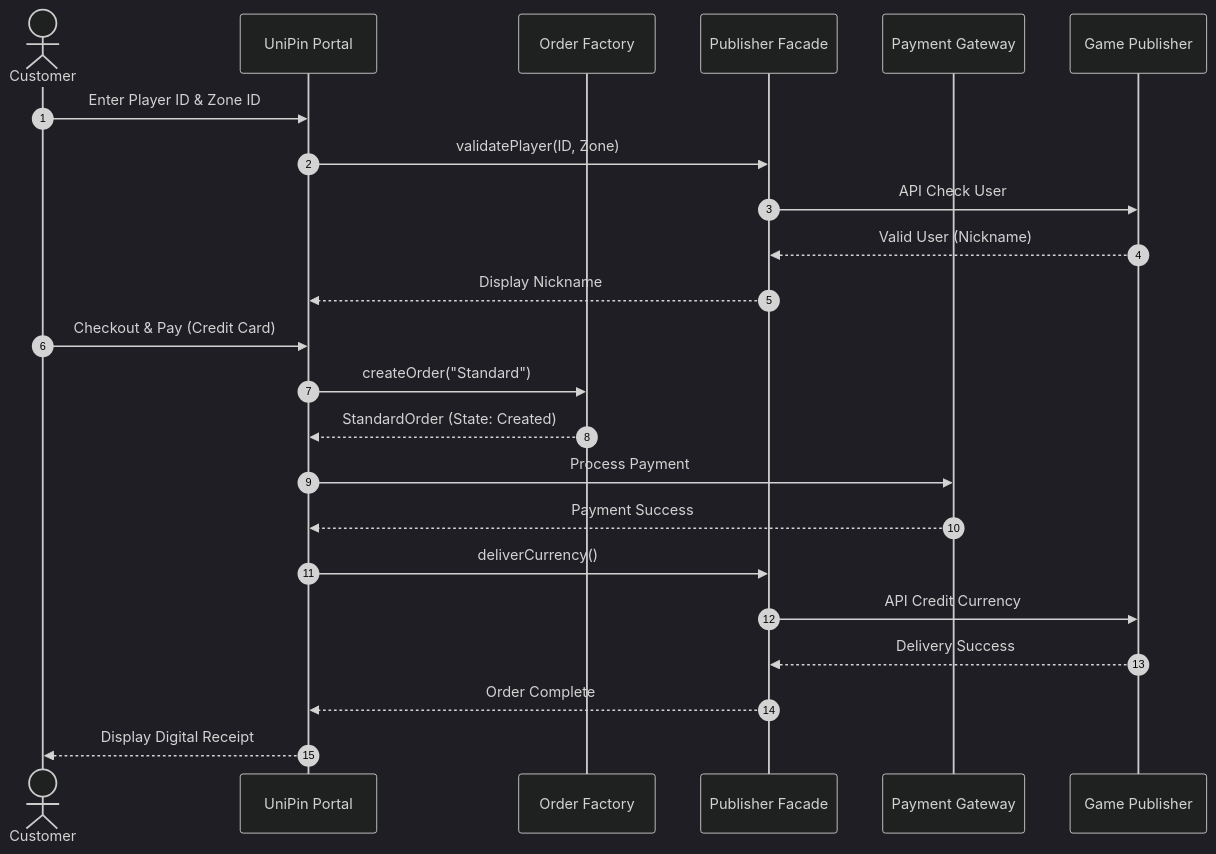
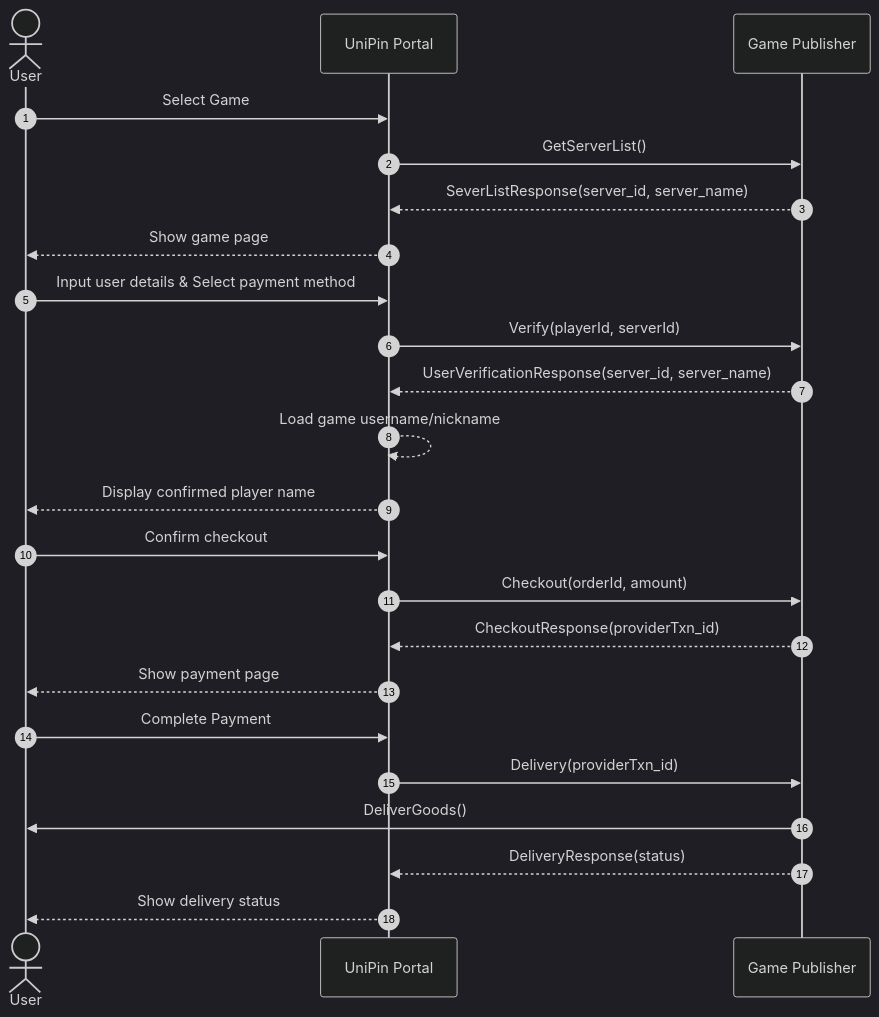
The third of 6 diagrams in Final_UniPin_SDD_Submission.md (ROS-RENDO/Unipin-Final), drawn with Mermaid (dark theme) before and after one commit. The commit also changed other lines of this file, not shown here.

````diff
--- a/Final_UniPin_SDD_Submission.md
+++ b/Final_UniPin_SDD_Submission.md
@@ -348,29 +360,33 @@
 ```mermaid
 sequenceDiagram
     autonumber
-    actor Customer
-    participant Portal as UniPin Portal
-    participant OrderFac as Order Factory
-    participant PubFacade as Publisher Facade
-    participant PayGateway as Payment Gateway
+    actor User as User
+    participant UniPin as UniPin Portal
     participant GameAPI as Game Publisher
 
-    Customer->>Portal: Enter Player ID & Zone ID
-    Portal->>PubFacade: validatePlayer(ID, Zone)
-    PubFacade->>GameAPI: API Check User
-    GameAPI-->>PubFacade: Valid User (Nickname)
-    PubFacade-->>Portal: Display Nickname
+    %% 1. Game Selection Phase
+    User->>UniPin: Select Game
+    UniPin->>GameAPI: GetServerList()
+    GameAPI-->>UniPin: SeverListResponse(server_id, server_name)
+    UniPin-->>User: Show game page
 
-    Customer->>Portal: Checkout & Pay (Credit Card)
-    Portal->>OrderFac: createOrder("Standard")
-    OrderFac-->>Portal: StandardOrder (State: Created)
-    
-    Portal->>PayGateway: Process Payment
-    PayGateway-->>Portal: Payment Success
-    
-    Portal->>PubFacade: deliverCurrency()
-    PubFacade->>GameAPI: API Credit Currency
-    GameAPI-->>PubFacade: Delivery Success
-    PubFacade-->>Portal: Order Complete
-    Portal-->>Customer: Display Digital Receipt
+    %% 2. User Verification Phase
+    User->>UniPin: Input user details & Select payment method
+    UniPin->>GameAPI: Verify(playerId, serverId)
+    GameAPI-->>UniPin: UserVerificationResponse(server_id, server_name)
+    UniPin-->>UniPin: Load game username/nickname
+    UniPin-->>User: Display confirmed player name
+
+    %% 3. Checkout Phase
+    User->>UniPin: Confirm checkout
+    UniPin->>GameAPI: Checkout(orderId, amount)
+    GameAPI-->>UniPin: CheckoutResponse(providerTxn_id)
+    UniPin-->>User: Show payment page
+
+    %% 4. Payment & Delivery Phase
+    User->>UniPin: Complete Payment
+    UniPin->>GameAPI: Delivery(providerTxn_id)
+    GameAPI->>User: DeliverGoods()
+    GameAPI-->>UniPin: DeliveryResponse(status)
+    UniPin-->>User: Show delivery status
 ```
````
